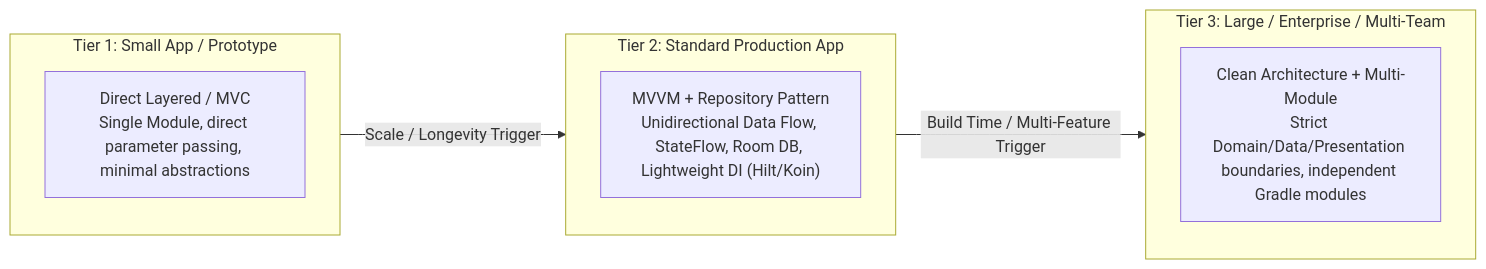
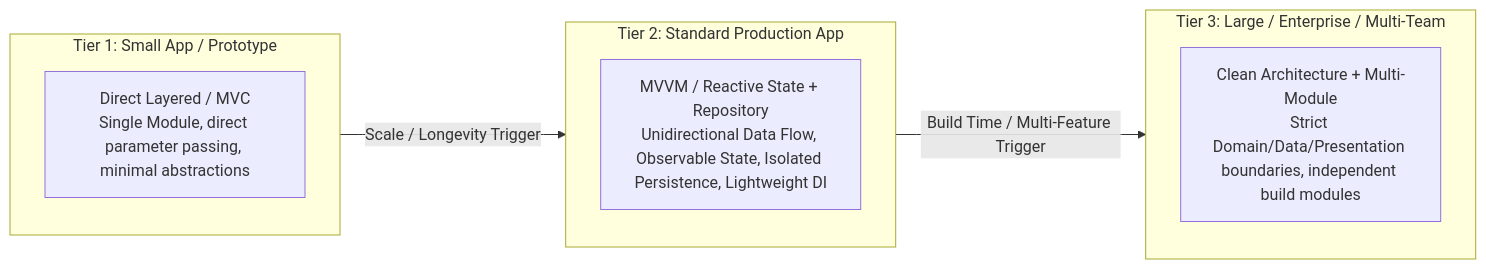
The diagram in 03-architecture/README.md (Usagshfil/personal-engineering-playbook), drawn with Mermaid before and after one commit. The commit also changed other lines of this file and 23 other files, not shown here.

````diff
--- a/03-architecture/README.md
+++ b/03-architecture/README.md
@@ -20,17 +29,17 @@
 ```mermaid
 flowchart LR
     subgraph Tier1["Tier 1: Small App / Prototype"]
         P1["Direct Layered / MVC<br/>Single Module, direct parameter passing, minimal abstractions"]
     end
 
     subgraph Tier2["Tier 2: Standard Production App"]
-        P2["MVVM + Repository Pattern<br/>Unidirectional Data Flow, StateFlow, Room DB, Lightweight DI (Hilt/Koin)"]
+        P2["MVVM / Reactive State + Repository<br/>Unidirectional Data Flow, Observable State, Isolated Persistence, Lightweight DI"]
     end
 
     subgraph Tier3["Tier 3: Large / Enterprise / Multi-Team"]
-        P3["Clean Architecture + Multi-Module<br/>Strict Domain/Data/Presentation boundaries, independent Gradle modules"]
+        P3["Clean Architecture + Multi-Module<br/>Strict Domain/Data/Presentation boundaries, independent build modules"]
     end
 
     Tier1 -->|Scale / Longevity Trigger| Tier2
     Tier2 -->|Build Time / Multi-Feature Trigger| Tier3
 ```
````
